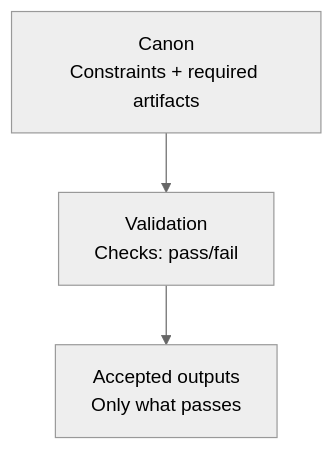
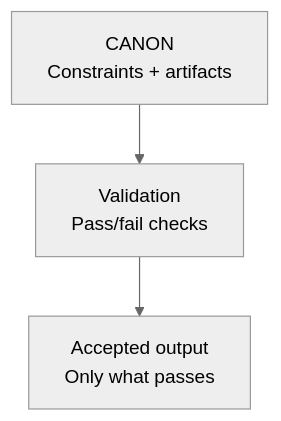
Before and after one commit to canonic-machine/canonic: the second of 3 diagrams in canonic.md, drawn with Mermaid (neutral theme). The commit also changed other lines of this file, not shown here.

````diff
--- a/canonic.md
+++ b/canonic.md
@@ -235,5 +442,5 @@
 ```mermaid
 flowchart TB
-  CAN[Canon<br/>Constraints + required artifacts] --> VAL[Validation<br/>Checks: pass/fail]
-  VAL --> OUT[Accepted outputs<br/>Only what passes]
+  CANON[CANON<br/>Constraints + artifacts] --> VAL[Validation<br/>Pass/fail checks]
+  VAL --> OUT[Accepted output<br/>Only what passes]
 ```
````
